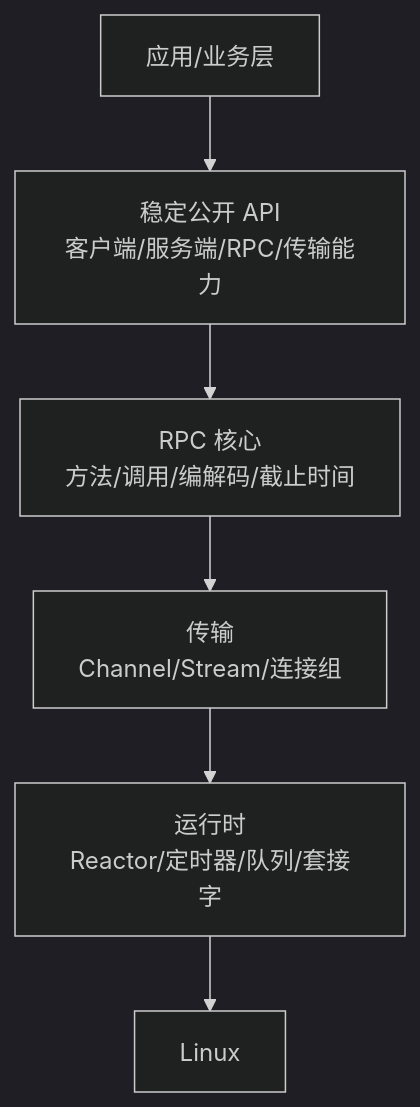
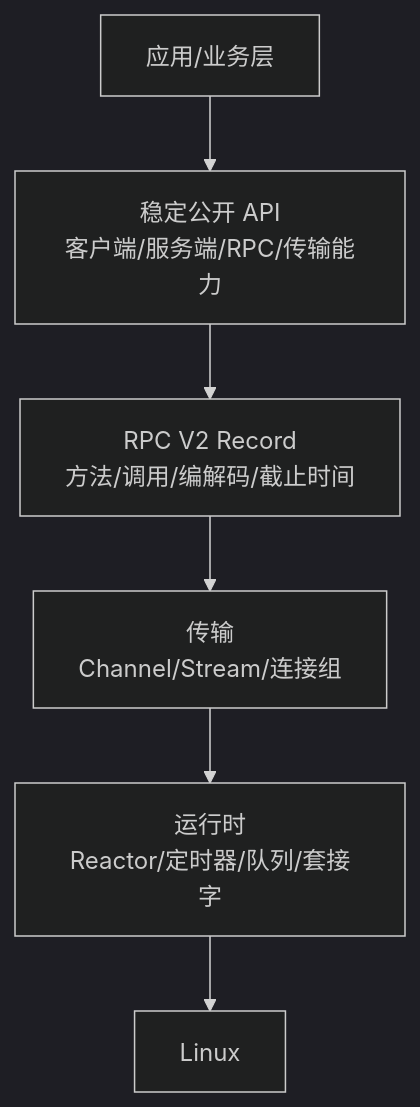
One commit to MyBlackHole/c-trpc changed the second of 2 diagrams in docs/architecture/00-overview.md. Above: the diagram before and after it, drawn with Mermaid (dark theme). The commit also changed other lines of this file and 21 other files, not shown here.

````diff
--- a/docs/architecture/00-overview.md
+++ b/docs/architecture/00-overview.md
@@ -158,15 +160,15 @@
 ```mermaid
 flowchart TB
     APP["应用/业务层"]
     PUB["稳定公开 API\n客户端/服务端/RPC/传输能力"]
-    RPC["RPC 核心\n方法/调用/编解码/截止时间"]
+    RPC["RPC V2 Record\n方法/调用/编解码/截止时间"]
     TR["传输\nChannel/Stream/连接组"]
     RT["运行时\nReactor/定时器/队列/套接字"]
     OS["Linux"]
 
     APP --> PUB
     PUB --> RPC
     RPC --> TR
     TR --> RT
     RT --> OS
 ```
````
